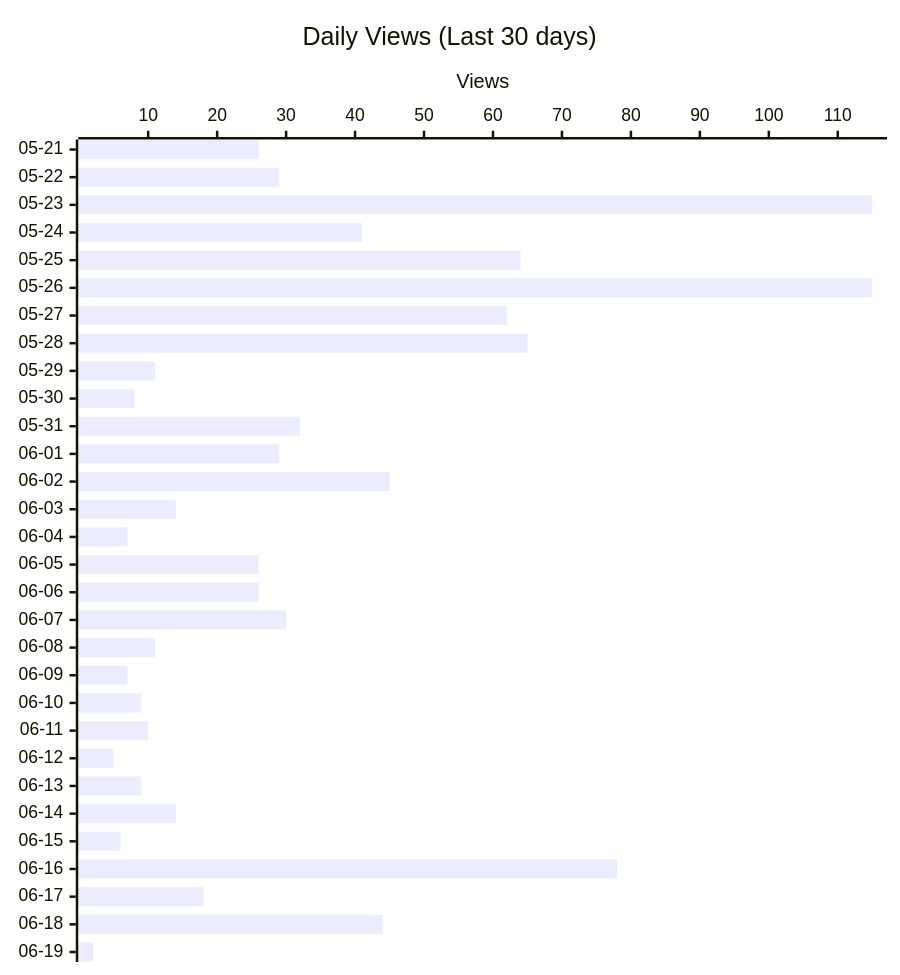
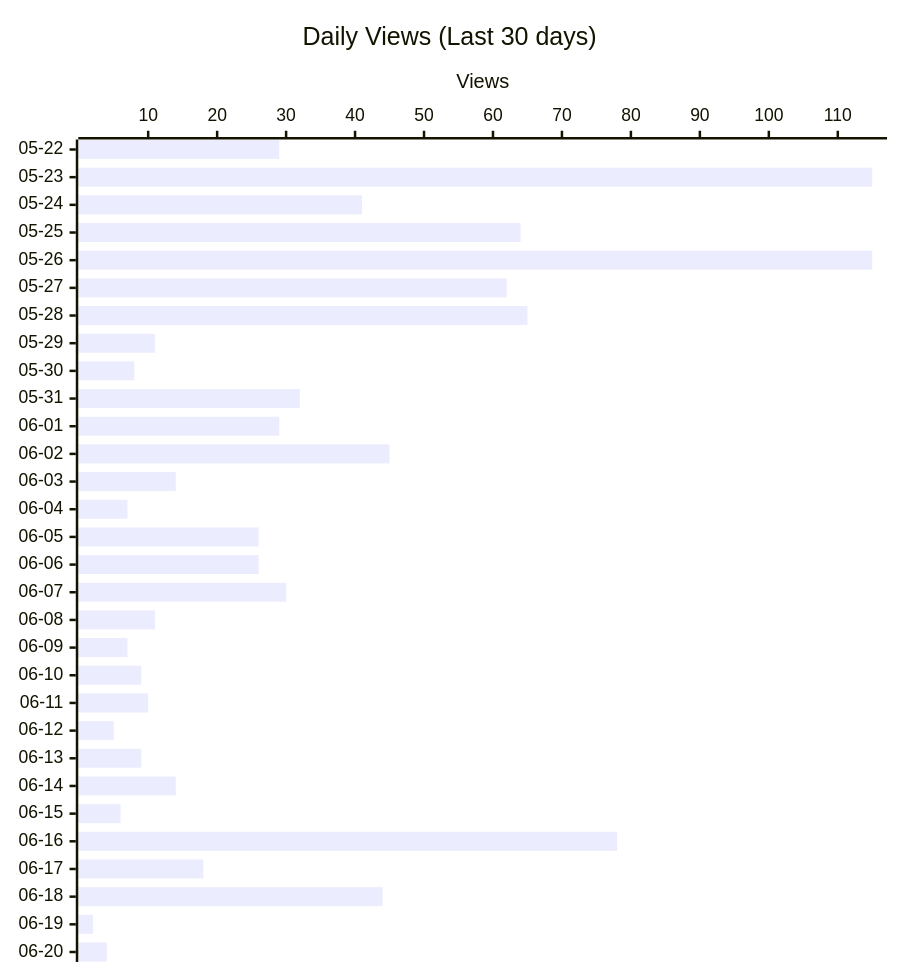
One commit to shigechika/github-insights changed the second of 3 diagrams in README.md. Above: the diagram before and after it, drawn with Mermaid. The commit also changed other lines of this file and 2 other files, not shown here.

````diff
--- a/README.md
+++ b/README.md
@@ -28,12 +28,12 @@
 ```mermaid
 ---
 config:
   xyChart:
     height: 760
 ---
 xychart-beta horizontal
     title "Daily Views (Last 30 days)"
-    x-axis ["05-21", "05-22", "05-23", "05-24", "05-25", "05-26", "05-27", "05-28", "05-29", "05-30", "05-31", "06-01", "06-02", "06-03", "06-04", "06-05", "06-06", "06-07", "06-08", "06-09", "06-10", "06-11", "06-12", "06-13", "06-14", "06-15", "06-16", "06-17", "06-18", "06-19"]
+    x-axis ["05-22", "05-23", "05-24", "05-25", "05-26", "05-27", "05-28", "05-29", "05-30", "05-31", "06-01", "06-02", "06-03", "06-04", "06-05", "06-06", "06-07", "06-08", "06-09", "06-10", "06-11", "06-12", "06-13", "06-14", "06-15", "06-16", "06-17", "06-18", "06-19", "06-20"]
     y-axis "Views"
-    bar [26, 29, 115, 41, 64, 115, 62, 65, 11, 8, 32, 29, 45, 14, 7, 26, 26, 30, 11, 7, 9, 10, 5, 9, 14, 6, 78, 18, 44, 2]
+    bar [29, 115, 41, 64, 115, 62, 65, 11, 8, 32, 29, 45, 14, 7, 26, 26, 30, 11, 7, 9, 10, 5, 9, 14, 6, 78, 18, 44, 2, 4]
 ```
````
